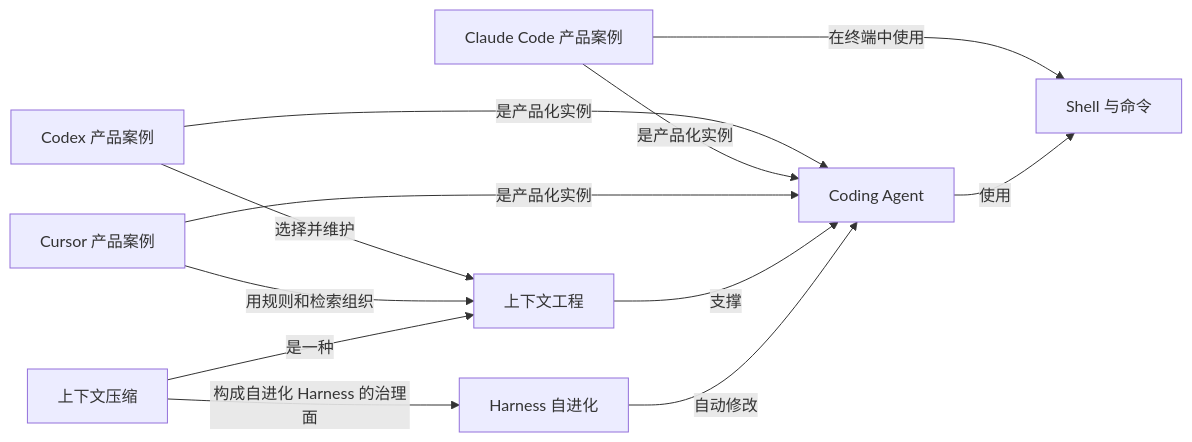
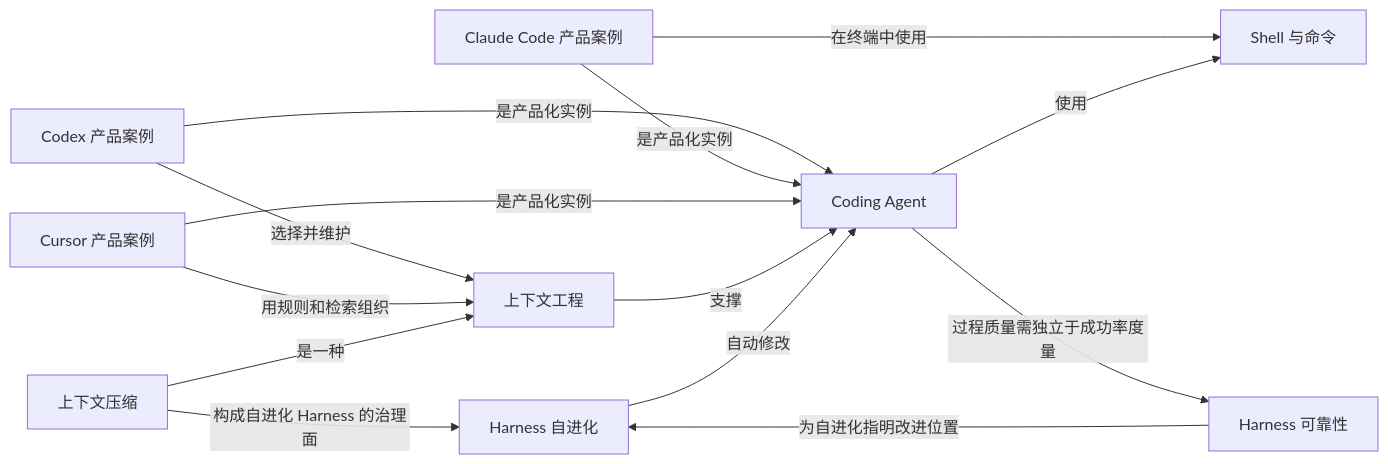
Before and after one commit to z-Zihan/LLM-101: the seventh of 10 diagrams in 知识网络.md, drawn with Mermaid. The commit also changed other lines of this file and 5 other files, not shown here.

First line of the commit message:
docs(agent): add harness reliability section separating process quality from success rate (#8)

````diff
--- a/知识网络.md
+++ b/知识网络.md
@@ -415,22 +416,25 @@
 ```mermaid
 flowchart LR
     n_harness_self_evolution["Harness 自进化"]
+    n_harness_reliability["Harness 可靠性"]
     n_coding_agent["Coding Agent"]
     n_codex_product["Codex 产品案例"]
     n_claude_code_product["Claude Code 产品案例"]
     n_cursor_product["Cursor 产品案例"]
     n_context_engineering["上下文工程"]
     n_context_compaction["上下文压缩"]
     n_shell["Shell 与命令"]
     n_codex_product -->|"是产品化实例"| n_coding_agent
     n_codex_product -->|"选择并维护"| n_context_engineering
     n_claude_code_product -->|"是产品化实例"| n_coding_agent
     n_claude_code_product -->|"在终端中使用"| n_shell
     n_cursor_product -->|"是产品化实例"| n_coding_agent
     n_cursor_product -->|"用规则和检索组织"| n_context_engineering
     n_coding_agent -->|"使用"| n_shell
     n_context_engineering -->|"支撑"| n_coding_agent
     n_context_compaction -->|"是一种"| n_context_engineering
     n_harness_self_evolution -->|"自动修改"| n_coding_agent
     n_context_compaction -->|"构成自进化 Harness 的治理面"| n_harness_self_evolution
+    n_coding_agent -->|"过程质量需独立于成功率度量"| n_harness_reliability
+    n_harness_reliability -->|"为自进化指明改进位置"| n_harness_self_evolution
 ```
````
